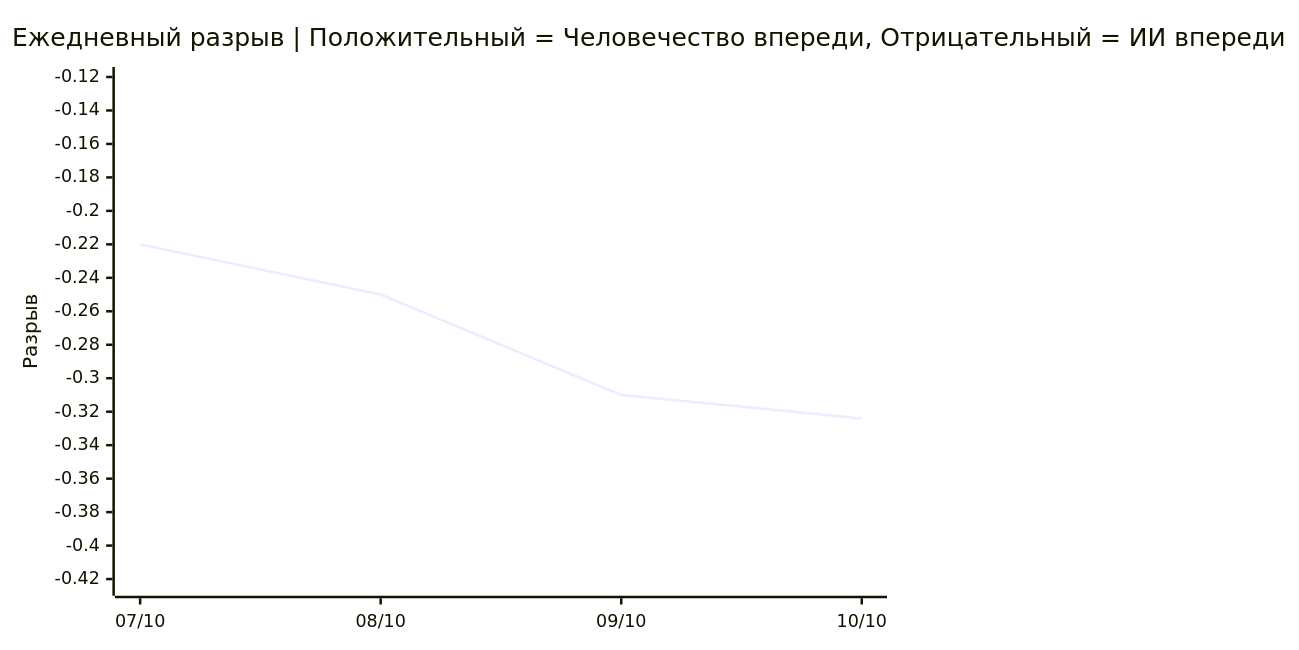
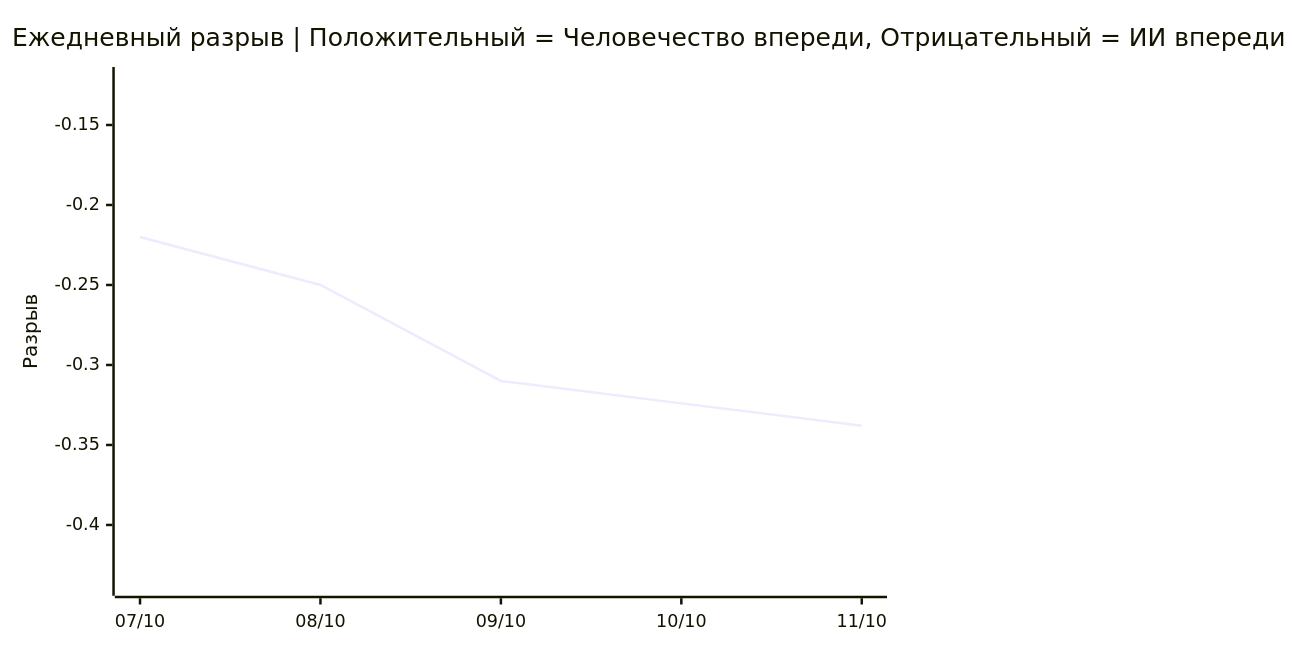
The third of 3 diagrams in README.ru.md (VQQLK/Human-AI-Monitor), drawn with Mermaid before and after one commit. The commit also changed other lines of this file and 5 other files, not shown here.

````diff
--- a/README.ru.md
+++ b/README.ru.md
@@ -54,7 +54,7 @@
 ```mermaid
 xychart-beta
     title "Ежедневный разрыв | Положительный = Человечество впереди, Отрицательный = ИИ впереди"
-    x-axis ["07/10", "08/10", "09/10", "10/10"]
-    y-axis "Разрыв" -0.424 --> -0.120
-    line [-0.220, -0.250, -0.310, -0.324]
+    x-axis ["07/10", "08/10", "09/10", "10/10", "11/10"]
+    y-axis "Разрыв" -0.438 --> -0.120
+    line [-0.220, -0.250, -0.310, -0.324, -0.338]
 ```
````
